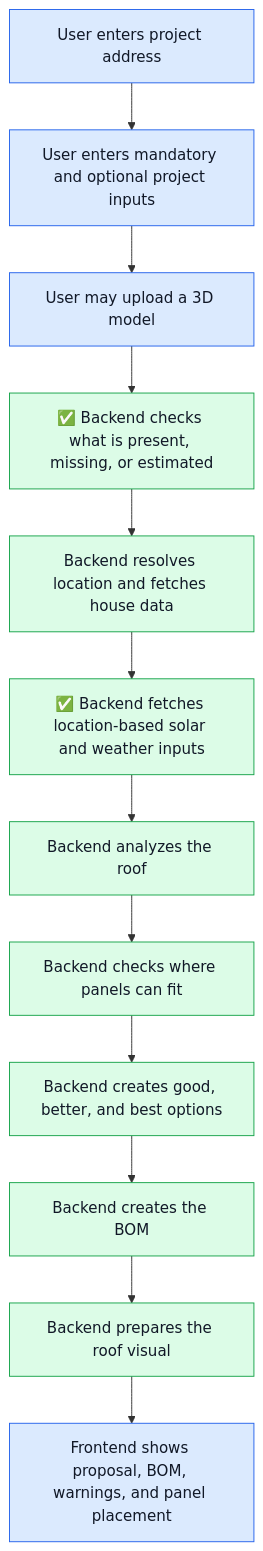
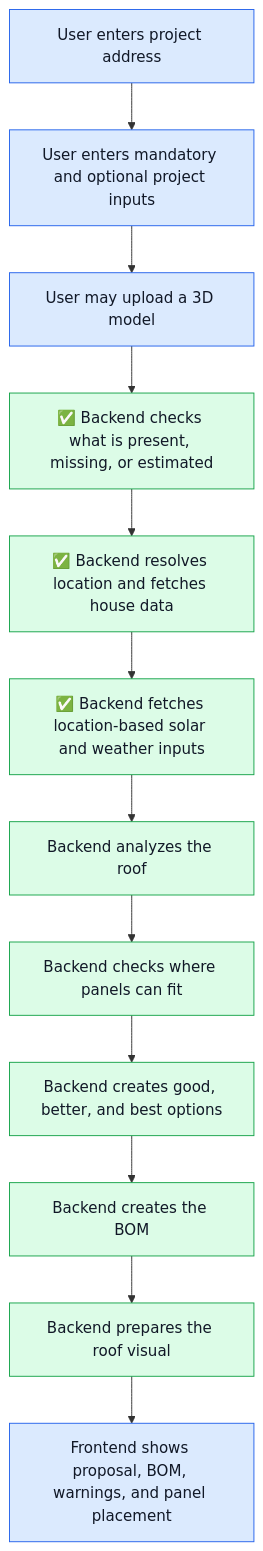
Before and after one commit to robinwettstaedt/roofee: the diagram in backend/README.md, drawn with Mermaid. The commit also changed other lines of this file and 20 other files, not shown here.

Commit message:
Implement backend house data lookup

````diff
--- a/backend/README.md
+++ b/backend/README.md
@@ -9,21 +9,21 @@
 ```mermaid
 flowchart TD
     A["User enters project address"]
     A --> B["User enters mandatory and optional project inputs"]
     B --> C["User may upload a 3D model"]
     C --> D["✅ Backend checks what is present, missing, or estimated"]
-    D --> E["Backend resolves location and fetches house data"]
+    D --> E["✅ Backend resolves location and fetches house data"]
     E --> F["✅ Backend fetches location-based solar and weather inputs"]
     F --> G["Backend analyzes the roof"]
     G --> H["Backend checks where panels can fit"]
     H --> I["Backend creates good, better, and best options"]
     I --> J["Backend creates the BOM"]
     J --> K["Backend prepares the roof visual"]
     K --> L["Frontend shows proposal, BOM, warnings, and panel placement"]
 
     classDef frontend fill:#dbeafe,stroke:#2563eb,color:#111827
     classDef backend fill:#dcfce7,stroke:#16a34a,color:#111827
 
     class A,B,C,L frontend
     class D,E,F,G,H,I,J,K backend
 ```
````
